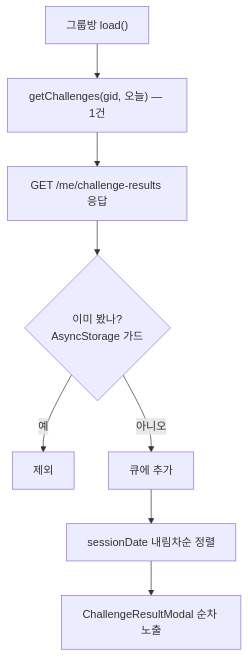
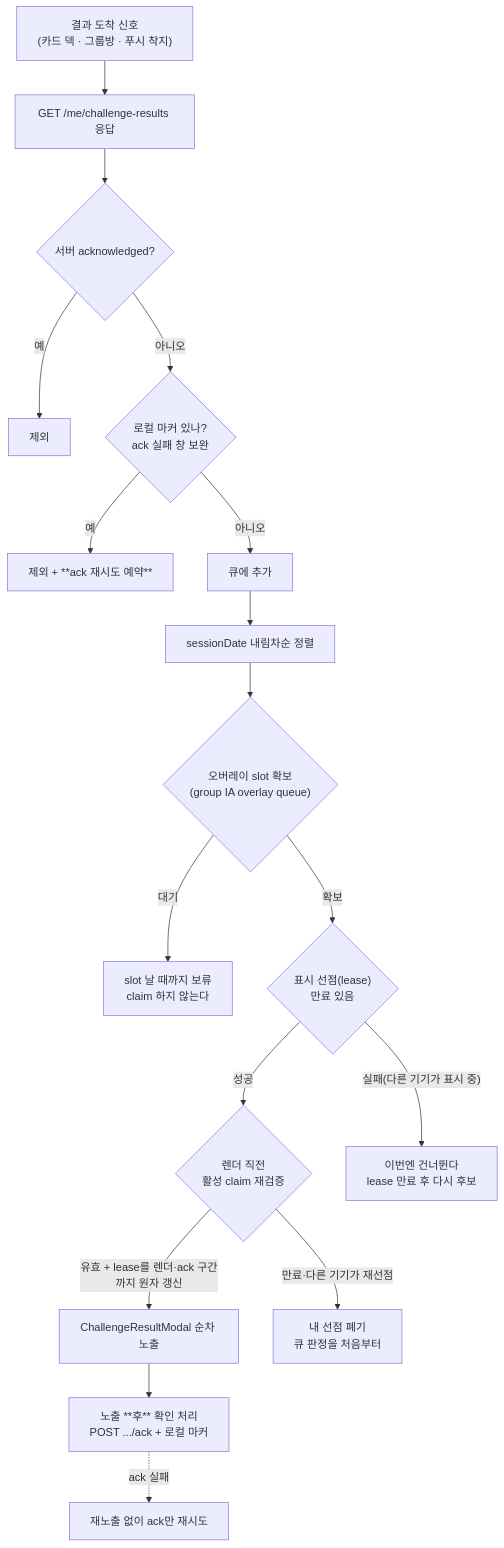
Before and after one commit to OneOrThree/phone: the ninth of 11 diagrams in docs/prd/challenge/information-architecture.md, drawn with Mermaid. The commit also changed other lines of this file and 8 other files, not shown here.

````diff
--- a/docs/prd/challenge/information-architecture.md
+++ b/docs/prd/challenge/information-architecture.md
@@ -418,10 +484,19 @@
 ```mermaid
 flowchart TB
-    L["그룹방 load()"] --> Q["getChallenges(gid, 오늘) — 1건"]
-    Q --> P["GET /me/challenge-results 응답"]
-    P --> F2{"이미 봤나?<br/>AsyncStorage 가드"}
-    F2 -->|예| X2["제외"]
+    L["결과 도착 신호<br/>(카드 덱 · 그룹방 · 푸시 착지)"] --> P["GET /me/challenge-results 응답"]
+    P --> F1{"서버 acknowledged?"}
+    F1 -->|예| X1["제외"]
+    F1 -->|아니오| F2{"로컬 마커 있나?<br/>ack 실패 창 보완"}
+    F2 -->|예| X2["제외 + **ack 재시도 예약**"]
     F2 -->|아니오| Q2["큐에 추가"]
     Q2 --> S["sessionDate 내림차순 정렬"]
-    S --> M["ChallengeResultModal 순차 노출"]
+    S --> SLOT{"오버레이 slot 확보<br/>(group IA overlay queue)"}
+    SLOT -->|"대기"| X5["slot 날 때까지 보류<br/>claim 하지 않는다"]
+    SLOT -->|"확보"| C{"표시 선점(lease)<br/>만료 있음"}
+    C -->|"성공"| V{"렌더 직전<br/>활성 claim 재검증"}
+    V -->|"유효 + lease를 렌더·ack 구간까지 원자 갱신"| M["ChallengeResultModal 순차 노출"]
+    V -->|"만료·다른 기기가 재선점"| X4["내 선점 폐기<br/>큐 판정을 처음부터"]
+    C -->|"실패(다른 기기가 표시 중)"| X3["이번엔 건너뛴다<br/>lease 만료 후 다시 후보"]
+    M --> A["노출 **후** 확인 처리<br/>POST .../ack + 로컬 마커"]
+    A -.->|"ack 실패"| R["재노출 없이 ack만 재시도"]
 ```
````
